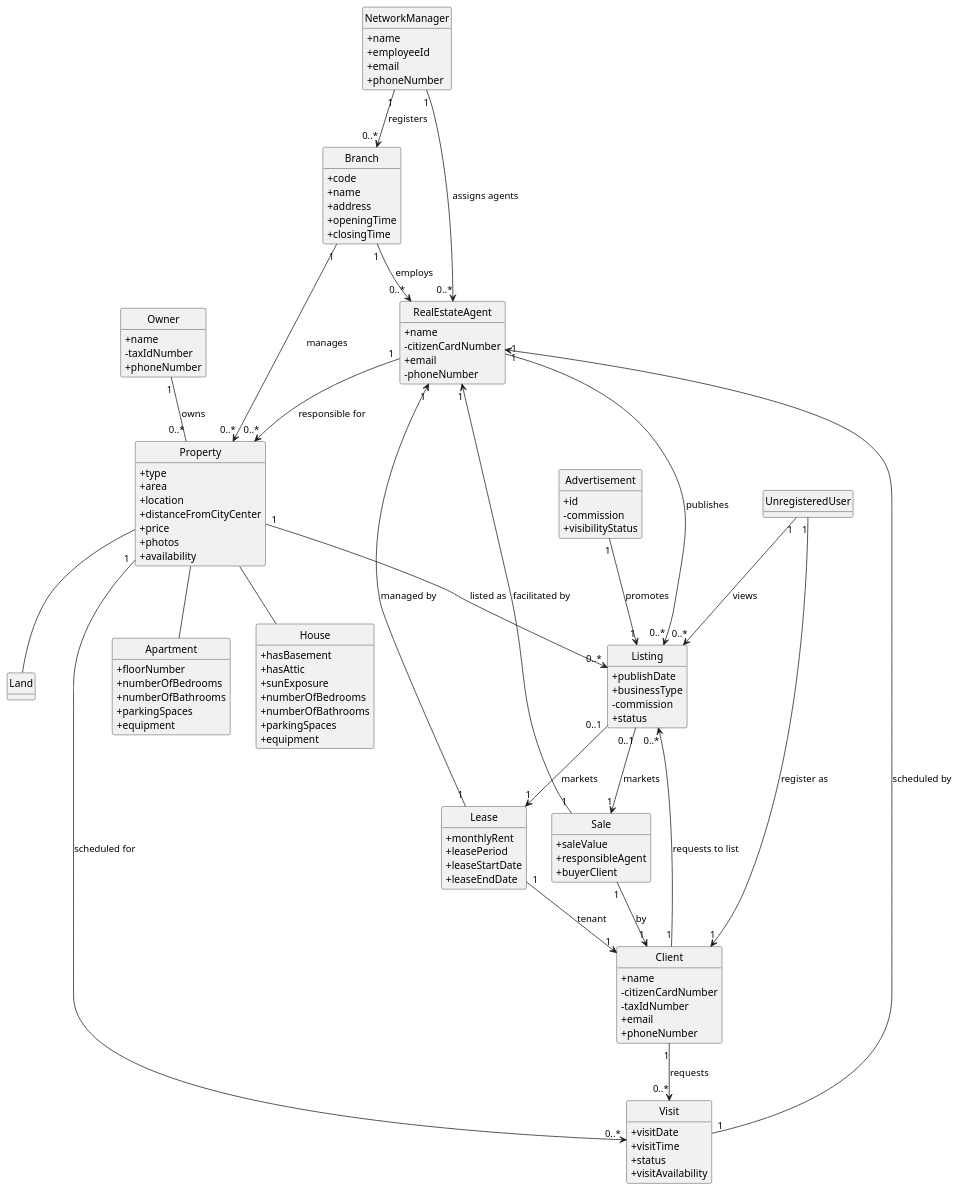
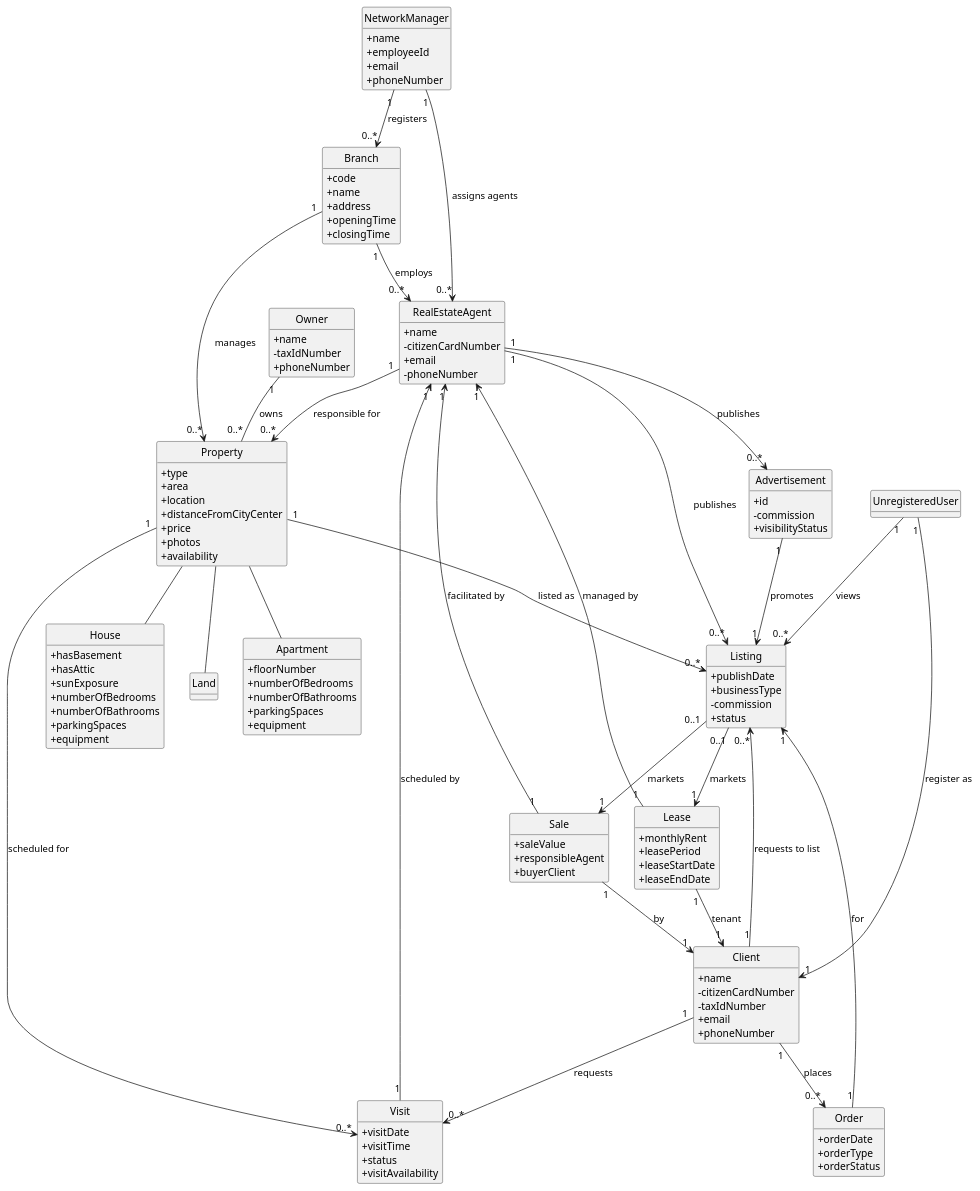
The diagram in docs/Sprint4/Global_Artifacts/DM.puml (goncalomaia18/leti-esoft-24-25-A2), drawn with PlantUML before and after one commit. The commit also changed 2 other files, not shown here.

```diff
--- a/docs/Sprint4/Global_Artifacts/DM.puml
+++ b/docs/Sprint4/Global_Artifacts/DM.puml
@@ -1,140 +1,148 @@
 @startuml
 skinparam classAttributeIconSize 0
 hide circle
 hide methods
 
 class NetworkManager {
     +name
     +employeeId
     +email
     +phoneNumber
 }
 
 class Branch {
     +code
     +name
     +address
     +openingTime
     +closingTime
 }
 
 class RealEstateAgent {
     +name
     -citizenCardNumber
     +email
     -phoneNumber
+}
+class Order {
+    +orderDate
+    +orderType
+    +orderStatus
 }
 
 class Property {
     +type
     +area
     +location
     +distanceFromCityCenter
     +price
     +photos
     +availability
 }
 
 class Apartment {
     +floorNumber
     +numberOfBedrooms
     +numberOfBathrooms
     +parkingSpaces
     +equipment
 }
 
 class House {
     +hasBasement
     +hasAttic
     +sunExposure
     +numberOfBedrooms
     +numberOfBathrooms
     +parkingSpaces
     +equipment
 }
 
 class Land {}
 
 class Owner {
     +name
     -taxIdNumber
     +phoneNumber
 }
 
 class Client {
     +name
     -citizenCardNumber
     -taxIdNumber
     +email
     +phoneNumber
 }
 
 class Sale {
     +saleValue
     +responsibleAgent
     +buyerClient
 }
 
 class Lease {
     +monthlyRent
     +leasePeriod
     +leaseStartDate
     +leaseEndDate
 }
 
 class Advertisement {
     +id
     -commission
     +visibilityStatus
 }
 
 class Visit {
     +visitDate
     +visitTime
     +status
     +visitAvailability
 }
 
 class Listing {
     +publishDate
     +businessType
     -commission
     +status
 }
 class UnregisteredUser {
 }
 
 
 Branch "1" --> "0..*" RealEstateAgent : employs
 Branch "1" --> "0..*" Property : manages
 
 UnregisteredUser "1" --> "0..*" Listing : views
 UnregisteredUser "1" --> "1" Client : register as
 RealEstateAgent "1" --> "0..*" Property : responsible for
 RealEstateAgent "1" --> "0..*" Listing : publishes
+RealEstateAgent "1" --> "0..*" Advertisement : publishes
 Owner "1" -- "0..*" Property : owns
 Property "1" --> "0..*" Visit : scheduled for
 Property "1" --> "0..*" Listing : listed as
 
 Listing "0..1" --> "1" Sale : markets
 Listing "0..1" --> "1" Lease : markets
 
 Advertisement "1" --> "1" Listing : promotes
 
 Property -- Apartment
 Property -- House
 Property -- Land
 
 Sale "1" --> "1" Client : by
 Sale "1" --> "1" RealEstateAgent : facilitated by
 
 Lease "1" --> "1" Client : tenant
 Lease "1" --> "1" RealEstateAgent : managed by
 
 Client "1" --> "0..*" Visit : requests
 Client "1" --> "0..*" Listing : requests to list
 Visit "1" --> "1" RealEstateAgent : scheduled by
+Client "1" --> "0..*" Order : places
+Order "1" --> "1" Listing : for
 
 NetworkManager "1" --> "0..*" Branch : registers
 NetworkManager "1" --> "0..*" RealEstateAgent : assigns agents
 @enduml
```
